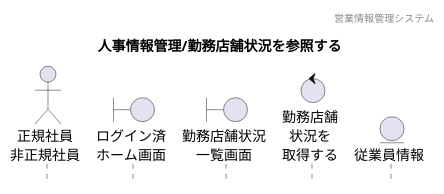
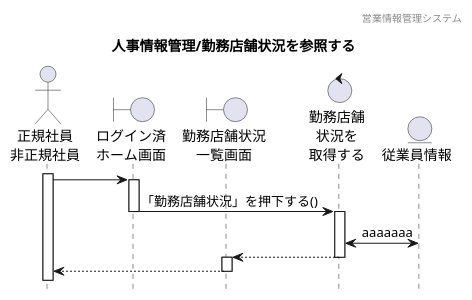
The diagram in 各種設計書/4シーケンス図/人事情報管理/3.勤務店舗状況編集/勤務店舗状況参照_未.plantuml (HaruShim/Sotuken), drawn with PlantUML before and after one commit. The commit also changed 3 other files, not shown here.

```diff
--- a/各種設計書/4シーケンス図/人事情報管理/3.勤務店舗状況編集/勤務店舗状況参照_未.plantuml
+++ b/各種設計書/4シーケンス図/人事情報管理/3.勤務店舗状況編集/勤務店舗状況参照_未.plantuml
@@ -1,31 +1,42 @@
 @startuml シーケンス図
 ' 下アイコン除去
 hide footbox
 ' ヘッダー
 header 営業情報管理システム
 ' タイトル
 title 人事情報管理/勤務店舗状況を参照する
 
 
 ' actor "" as 
 actor "正規社員\n非正規社員" as a1
 
 ' boundary "" as 
 boundary "ログイン済\nホーム画面" as b1
 boundary "勤務店舗状況\n一覧画面" as b2
 
 ' control "" as 
 control "勤務店舗\n状況を\n取得する" as c1
 
 ' entity "" as
 entity "従業員情報" as e1
 
 
-
-
+' 長谷川
+activate a1
+a1 -> b1
+activate b1
+b1 -> c1 : 「勤務店舗状況」を押下する()
+deactivate
+activate c1
+c1 <-> e1 : aaaaaaa
+b2 <-- c1
+deactivate
+activate b2
+a1 <-- b2
+deactivate
 
 
 
 
 
 @enduml
```
